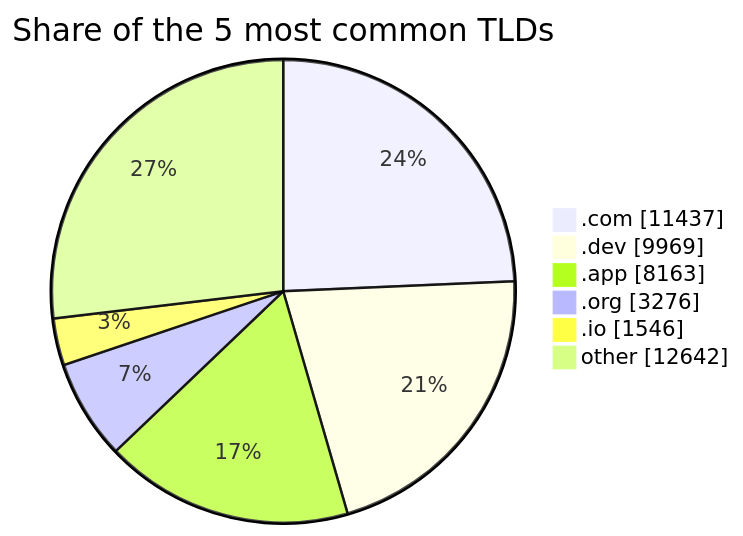
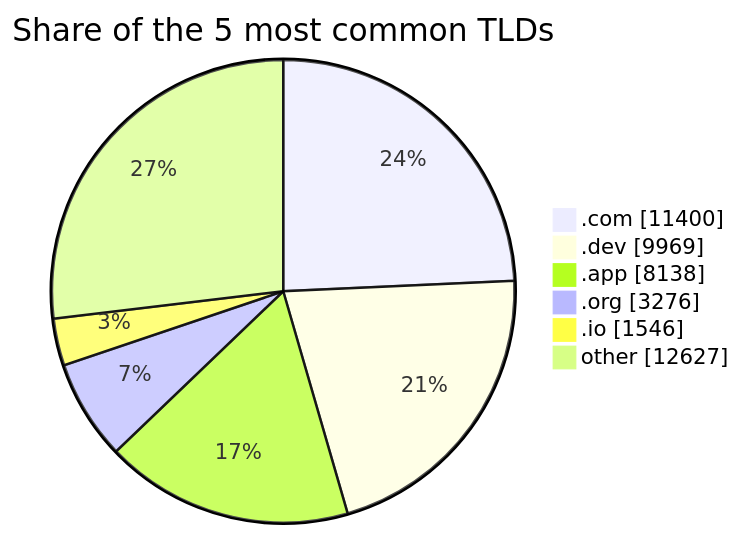
The third of 3 diagrams in README.md (DNSBunker/CTI), drawn with Mermaid before and after one commit. The commit also changed other lines of this file and 3 other files, not shown here.

````diff
--- a/README.md
+++ b/README.md
@@ -81,9 +81,9 @@
 ```mermaid
 pie showData title Share of the 5 most common TLDs
-    ".com" : 11437
+    ".com" : 11400
     ".dev" : 9969
-    ".app" : 8163
+    ".app" : 8138
     ".org" : 3276
     ".io" : 1546
-    "other" : 12642
+    "other" : 12627
 ```
````
